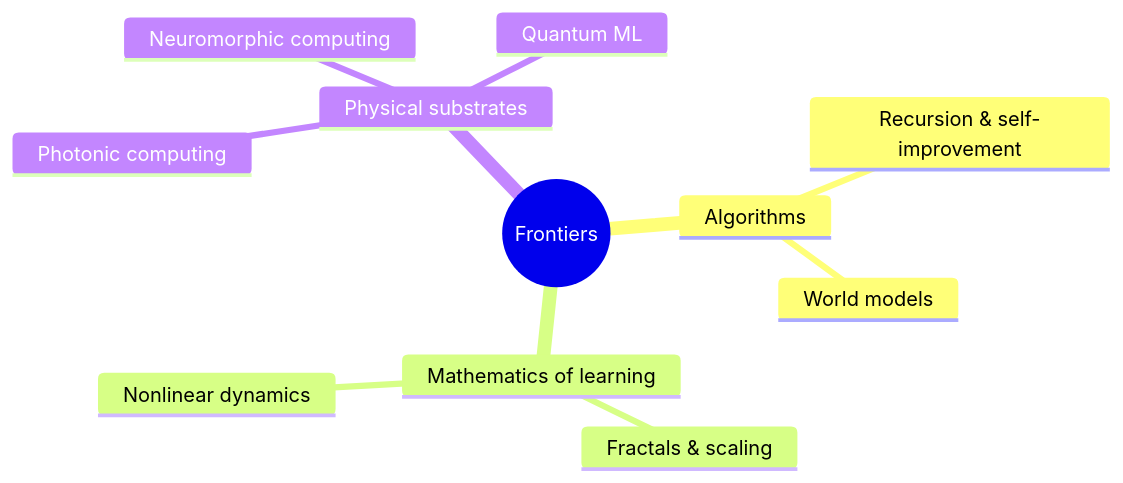
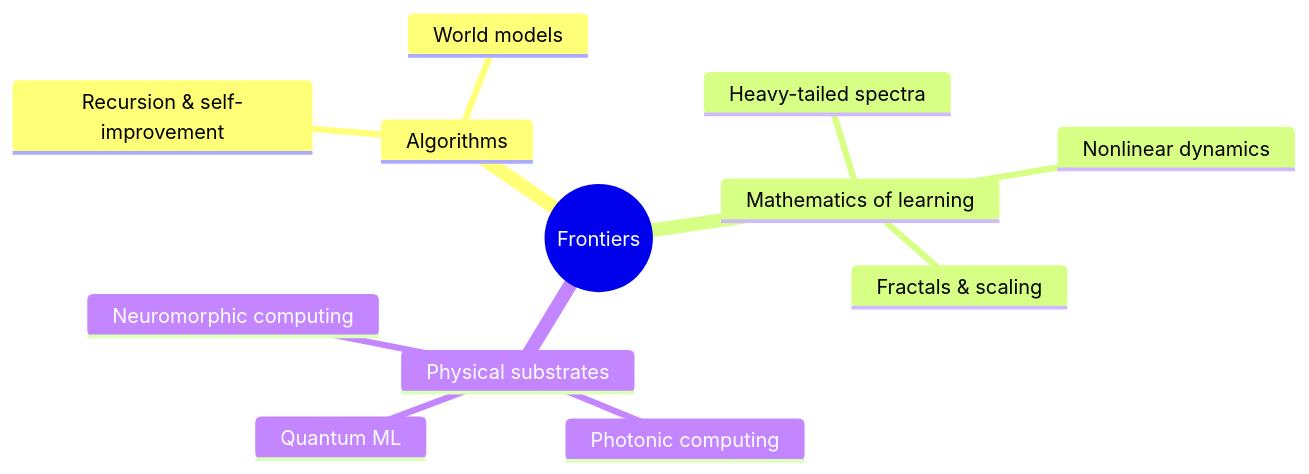
One commit to marcpoliquin5/understanding-ai changed the diagram in docs/06-frontiers/README.md. Above: the diagram before and after it, drawn with Mermaid. The commit also changed other lines of this file and 6 other files, not shown here.

Commit message:
Add Heavy-tailed weight spectra and generalization page (Frontiers) with 19 checked references

````diff
--- a/docs/06-frontiers/README.md
+++ b/docs/06-frontiers/README.md
@@ -19,14 +20,15 @@
 ```mermaid
 mindmap
   root((Frontiers))
     Algorithms
       Recursion & self-improvement
       World models
     Mathematics of learning
       Fractals & scaling
+      Heavy-tailed spectra
       Nonlinear dynamics
     Physical substrates
       Photonic computing
       Neuromorphic computing
       Quantum ML
 ```
````
